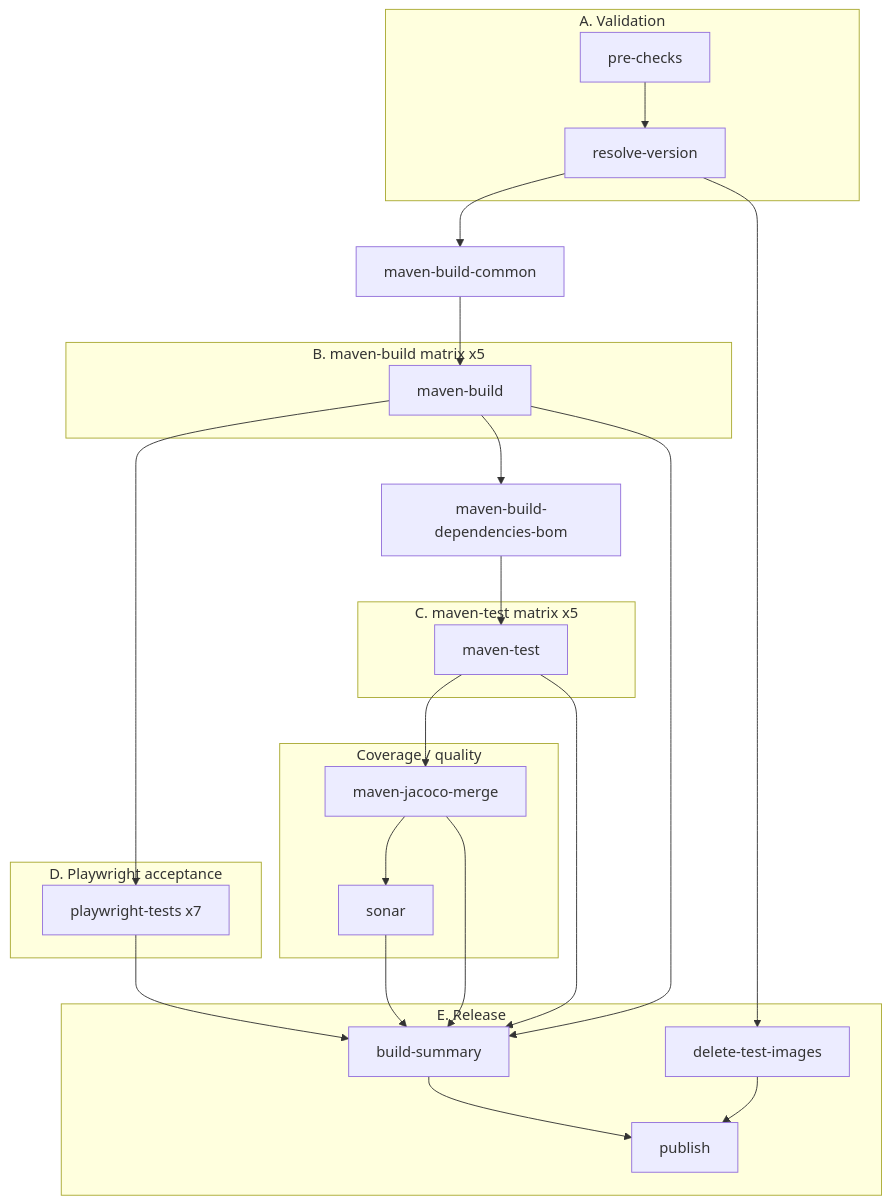
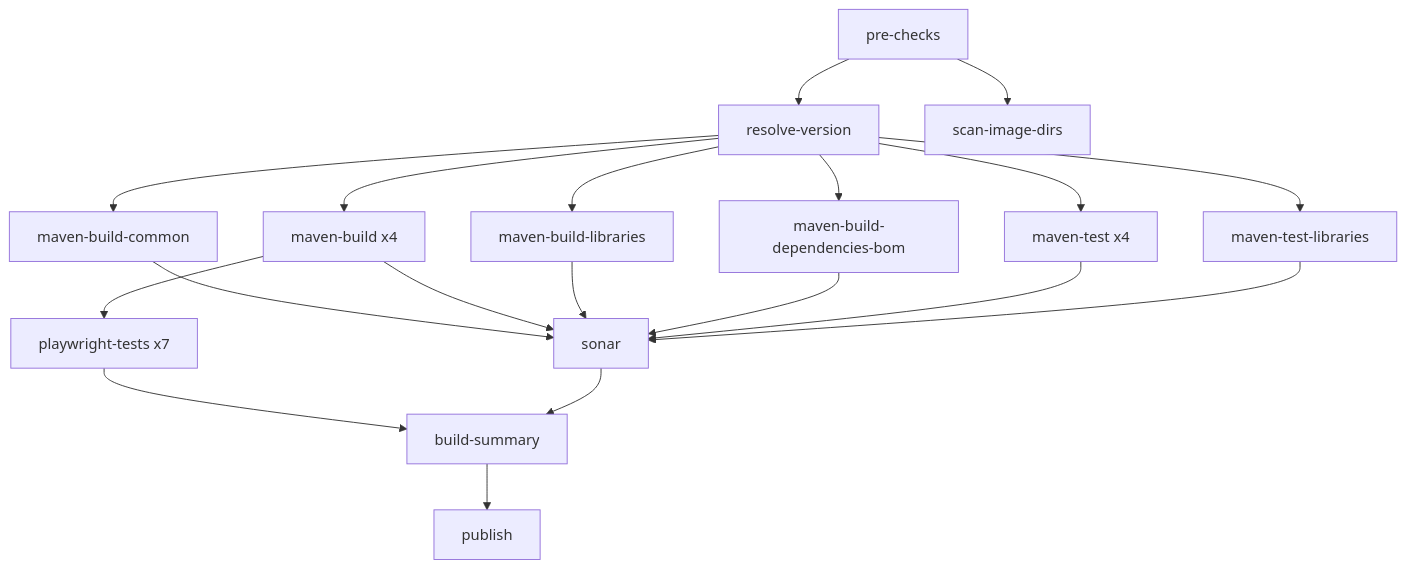
Before and after one commit to Activiti/activiti-cloud: the diagram in docs/ci/parallel-pipeline-poc.md, drawn with Mermaid. The commit also changed other lines of this file and 4 other files, not shown here.

````diff
--- a/docs/ci/parallel-pipeline-poc.md
+++ b/docs/ci/parallel-pipeline-poc.md
@@ -17,51 +16,21 @@
 ```mermaid
 flowchart TD
-  subgraph validation [A. Validation]
-    PC[pre-checks]
-    RV[resolve-version]
-  end
-
-  BC[maven-build-common]
-
-  subgraph builds [B. maven-build matrix x5]
-    MB[maven-build]
-  end
-
-  BOM[maven-build-dependencies-bom]
-
-  subgraph tests [C. maven-test matrix x5]
-    MT[maven-test]
-  end
-
-  subgraph coverage [Coverage / quality]
-    JM[maven-jacoco-merge]
-    SN[sonar]
-  end
-
-  subgraph integration [D. Playwright acceptance]
-    PT[playwright-tests x7]
-  end
-
-  subgraph release [E. Release]
-    BS[build-summary]
-    DTI[delete-test-images]
-    PUB[publish]
-  end
-
-  PC --> RV
-  RV --> BC
-  BC --> MB
-  MB --> BOM
-  MB --> PT
-  BOM --> MT
-  MT --> JM
-  JM --> SN
-  PT --> BS
+  PC[pre-checks] --> RV[resolve-version]
+  PC --> SID[scan-image-dirs]
+  RV --> BC[maven-build-common]
+  RV --> MB[maven-build x4]
+  RV --> MBL[maven-build-libraries]
+  RV --> BOM[maven-build-dependencies-bom]
+  RV --> MT[maven-test x4]
+  RV --> MTL[maven-test-libraries]
+  MB --> PT[playwright-tests x7]
+  BC --> SN[sonar]
+  MB --> SN
+  MBL --> SN
+  BOM --> SN
+  MT --> SN
+  MTL --> SN
+  PT --> BS[build-summary]
   SN --> BS
-  JM --> BS
-  MT --> BS
-  MB --> BS
-  RV --> DTI
-  BS --> PUB
-  DTI --> PUB
+  BS --> PUB[publish]
 ```
````
